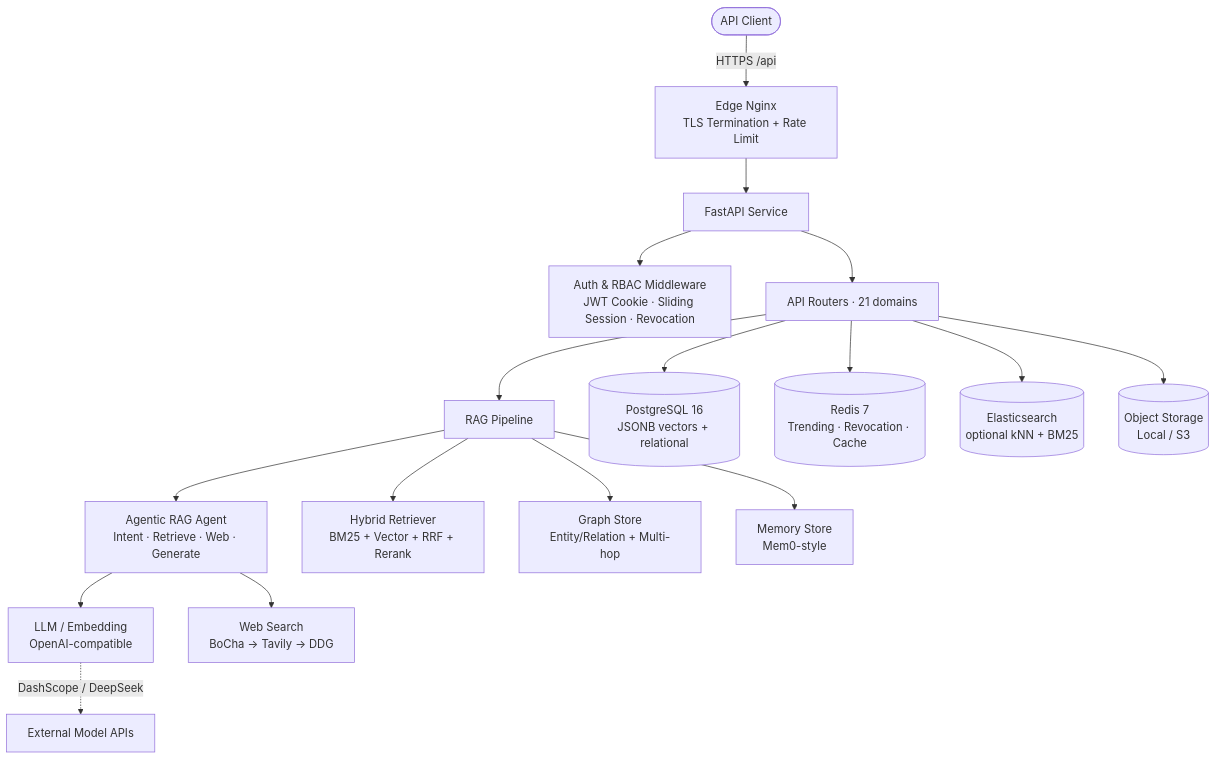
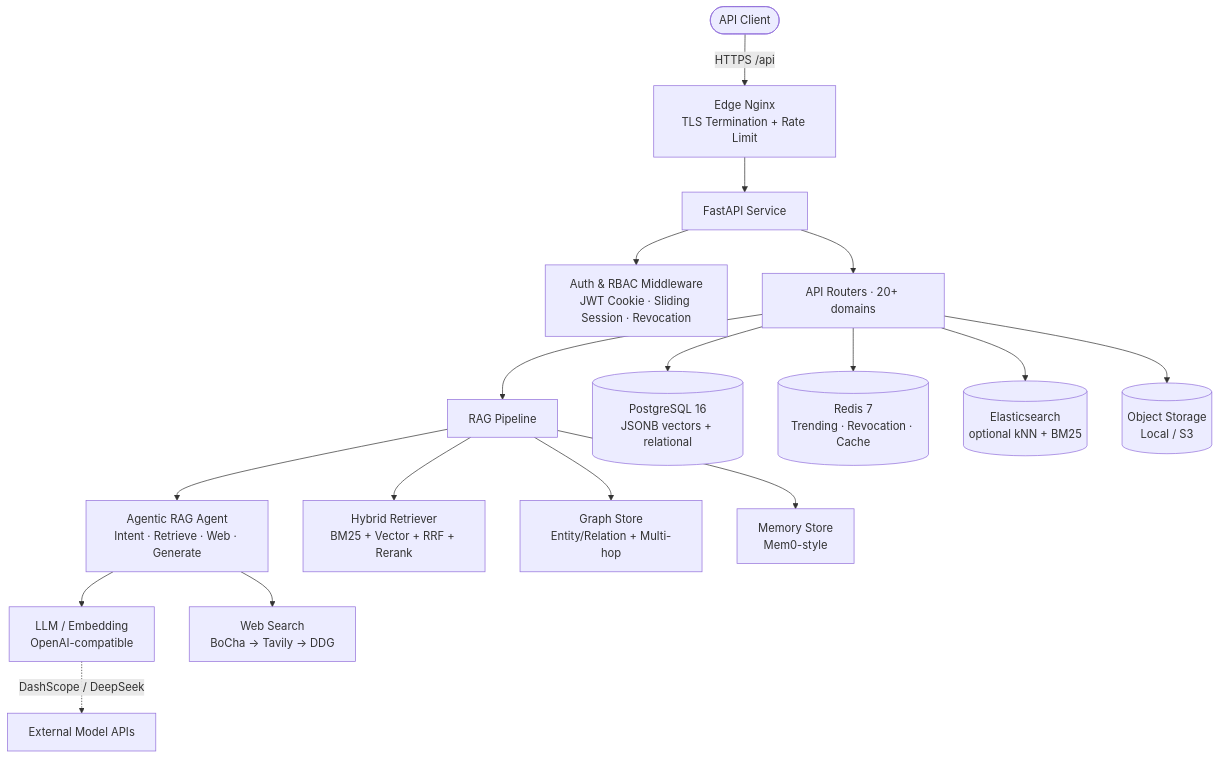
The diagram in README.md (xuyawen/knoa), drawn with Mermaid before and after one commit. The commit also changed other lines of this file, not shown here.

````diff
--- a/README.md
+++ b/README.md
@@ -52,19 +52,19 @@
 ```mermaid
 flowchart TD
     Client([API Client]) -->|HTTPS /api| Edge[Edge Nginx<br/>TLS Termination + Rate Limit]
     Edge --> API[FastAPI Service]
     API --> MW[Auth & RBAC Middleware<br/>JWT Cookie · Sliding Session · Revocation]
-    API --> R[API Routers · 21 domains]
+    API --> R[API Routers · 20+ domains]
     R --> RAG[RAG Pipeline]
     RAG --> Agent[Agentic RAG Agent<br/>Intent · Retrieve · Web · Generate]
     RAG --> Retriever[Hybrid Retriever<br/>BM25 + Vector + RRF + Rerank]
     RAG --> Graph[Graph Store<br/>Entity/Relation + Multi-hop]
     RAG --> Mem[Memory Store<br/>Mem0-style]
     Agent --> LLM[LLM / Embedding<br/>OpenAI-compatible]
     Agent --> WS[Web Search<br/>BoCha → Tavily → DDG]
     R --> Store[(PostgreSQL 16<br/>JSONB vectors + relational)]
     R --> Redis[(Redis 7<br/>Trending · Revocation · Cache)]
     R --> ES[(Elasticsearch<br/>optional kNN + BM25)]
     R --> Obj[(Object Storage<br/>Local / S3)]
     LLM -.->|DashScope / DeepSeek| Ext[External Model APIs]
 ```
````
